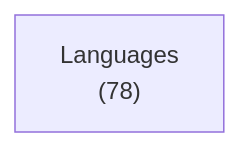
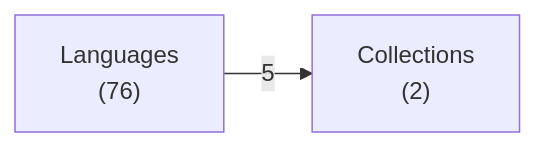
One commit to ruudkoot/rune changed the first of 3 diagrams in docs/lib/language/haskell/depends.md. Above: the diagram before and after it, drawn with Mermaid. The commit also changed other lines of this file and 4 other files, not shown here.

````diff
--- a/docs/lib/language/haskell/depends.md
+++ b/docs/lib/language/haskell/depends.md
@@ -24,4 +24,6 @@
 ```mermaid
 flowchart LR
-  a0["Languages<br>(78)"]
+  a0["Languages<br>(76)"]
+  a1["Collections<br>(2)"]
+  a0 -- 5 --> a1
 ```
````
